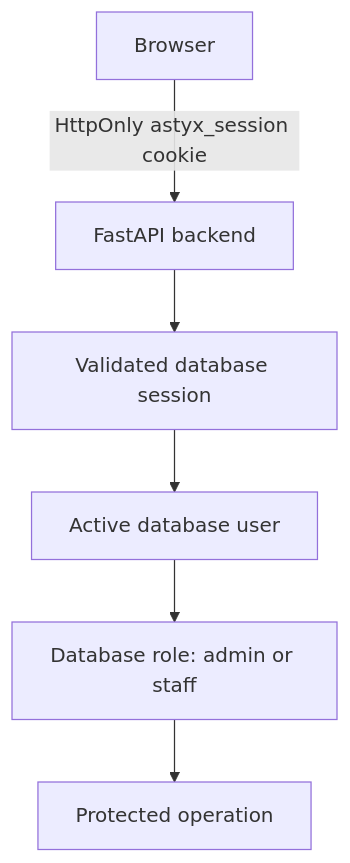
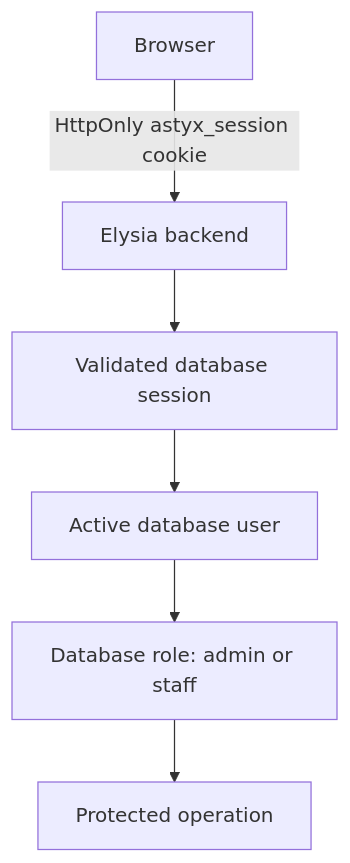
One commit to daoistmadness/operatoros changed the diagram in docs/security/identity-authentication.md. Above: the diagram before and after it, drawn with Mermaid. The commit also changed other lines of this file and 13 other files, not shown here.

Commit message:
docs: add Elysia cutover and FastAPI rollback runbook

````diff
--- a/docs/security/identity-authentication.md
+++ b/docs/security/identity-authentication.md
@@ -7,8 +7,8 @@
 ```mermaid
 flowchart TD
-  Browser["Browser"] -->|"HttpOnly astyx_session cookie"| API["FastAPI backend"]
+  Browser["Browser"] -->|"HttpOnly astyx_session cookie"| API["Elysia backend"]
   API --> Session["Validated database session"]
   Session --> User["Active database user"]
   User --> Role["Database role: admin or staff"]
   Role --> Protected["Protected operation"]
 ```
````
